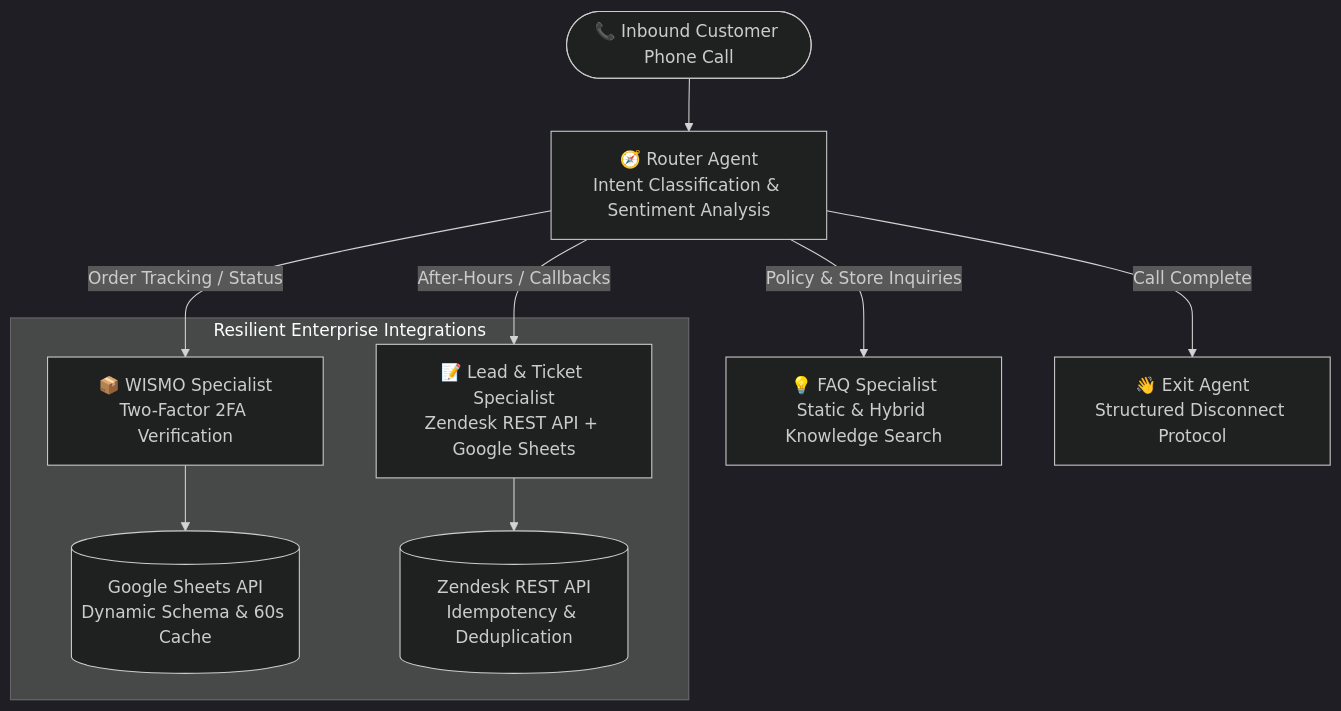
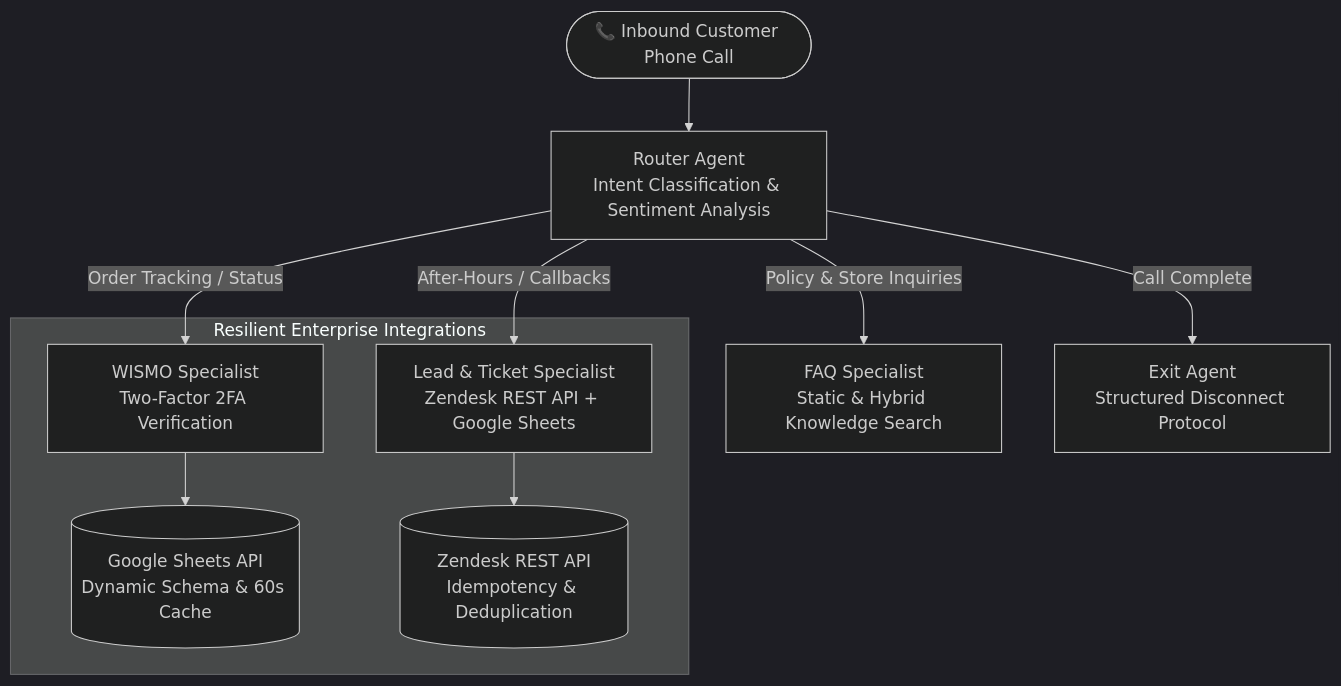
Before and after one commit to dnguyen029/enterprise-voice-receptionist: the diagram in README.md, drawn with Mermaid (dark theme). The commit also changed other lines of this file, not shown here.

````diff
--- a/README.md
+++ b/README.md
@@ -19,14 +19,14 @@
 ```mermaid
 flowchart TD
-    InboundCall([📞 Inbound Customer Phone Call]) --> Router[🧭 Router Agent\nIntent Classification & Sentiment Analysis]
+    InboundCall([📞 Inbound Customer Phone Call]) --> Router[ Router Agent\nIntent Classification & Sentiment Analysis]
     
-    Router -->|Order Tracking / Status| WISMO[📦 WISMO Specialist\nTwo-Factor 2FA Verification]
-    Router -->|Policy & Store Inquiries| FAQ[💡 FAQ Specialist\nStatic & Hybrid Knowledge Search]
-    Router -->|After-Hours / Callbacks| LeadCapture[📝 Lead & Ticket Specialist\nZendesk REST API + Google Sheets]
-    Router -->|Call Complete| Exit[👋 Exit Agent\nStructured Disconnect Protocol]
+    Router -->|Order Tracking / Status| WISMO[ WISMO Specialist\nTwo-Factor 2FA Verification]
+    Router -->|Policy & Store Inquiries| FAQ[ FAQ Specialist\nStatic & Hybrid Knowledge Search]
+    Router -->|After-Hours / Callbacks| LeadCapture[ Lead & Ticket Specialist\nZendesk REST API + Google Sheets]
+    Router -->|Call Complete| Exit[ Exit Agent\nStructured Disconnect Protocol]
 
     subgraph Integrations [Resilient Enterprise Integrations]
         WISMO --> Sheets[(Google Sheets API\nDynamic Schema & 60s Cache)]
         LeadCapture --> Zendesk[(Zendesk REST API\nIdempotency & Deduplication)]
     end
 ```
````
